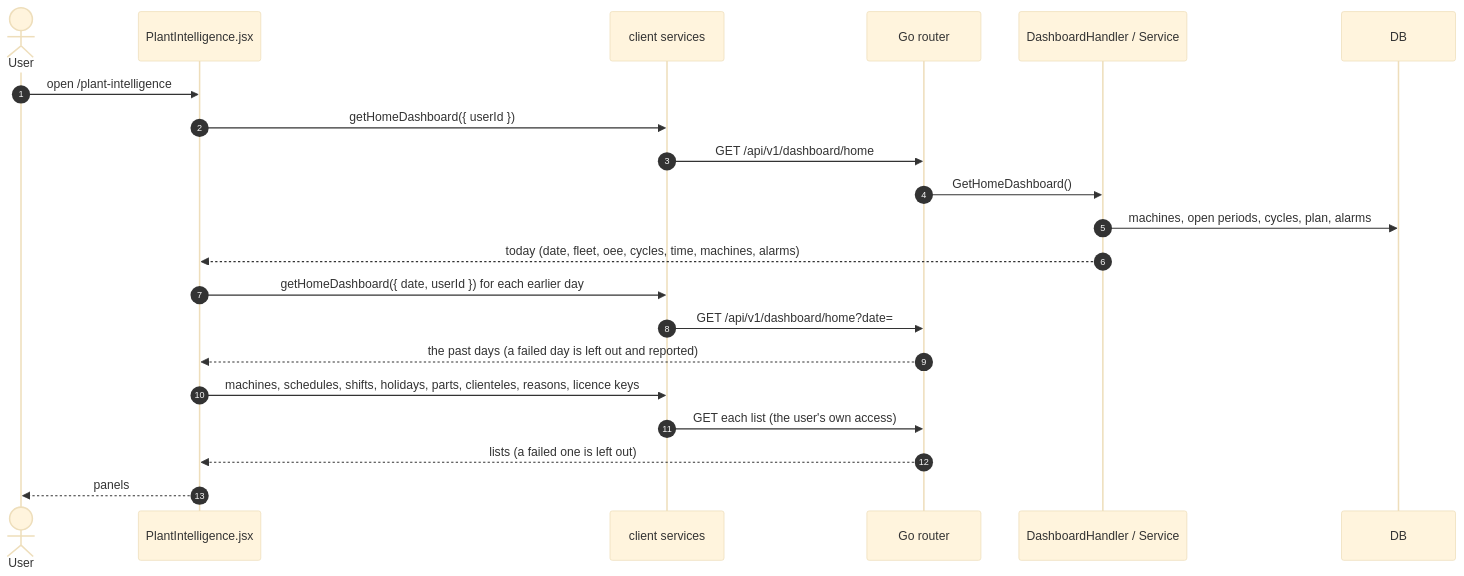
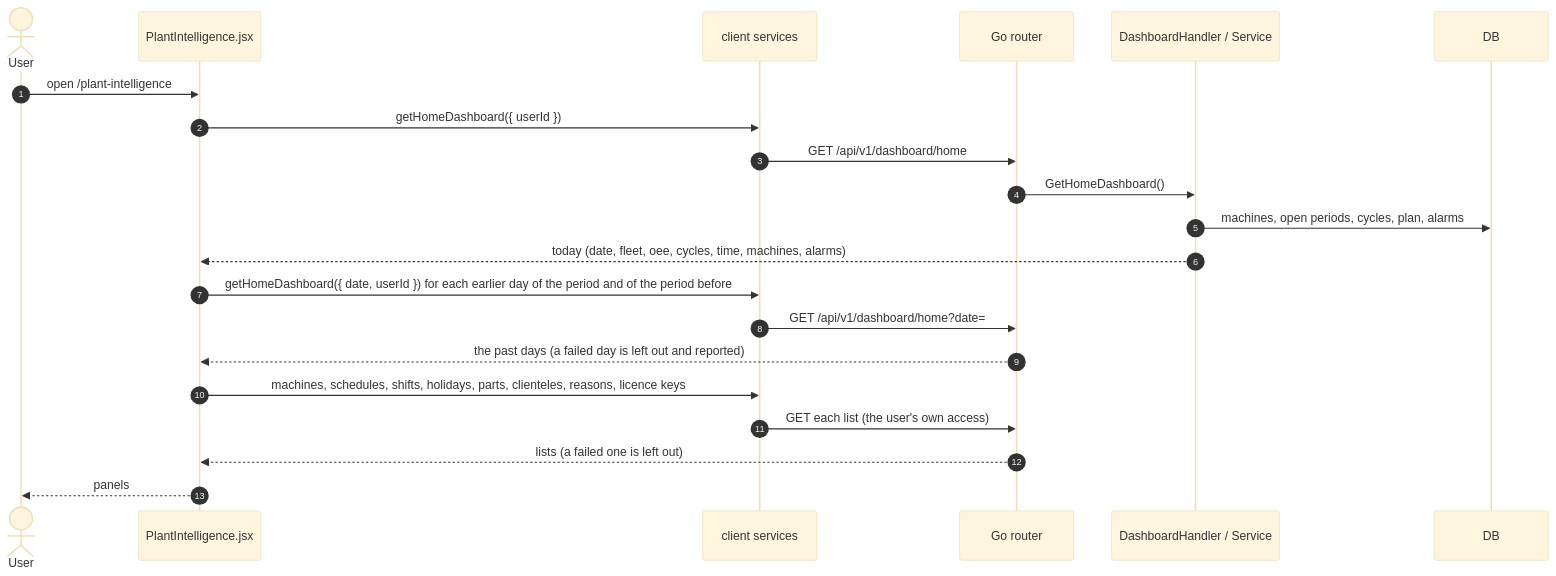
One commit to hirenenliven/7th-sense-client changed the diagram in docs/pages/plant-intelligence.md. Above: the diagram before and after it, drawn with Mermaid (base theme). The commit also changed other lines of this file and 12 other files, not shown here.

````diff
--- a/docs/pages/plant-intelligence.md
+++ b/docs/pages/plant-intelligence.md
@@ -9,24 +9,24 @@
 ```mermaid
 sequenceDiagram
   autonumber
   actor User
   participant Page as PlantIntelligence.jsx
   participant Services as client services
   participant Router as Go router
   participant Dash as DashboardHandler / Service
   participant DB
 
   User->>Page: open /plant-intelligence
   Page->>Services: getHomeDashboard({ userId })
   Services->>Router: GET /api/v1/dashboard/home
   Router->>Dash: GetHomeDashboard()
   Dash->>DB: machines, open periods, cycles, plan, alarms
   Dash-->>Page: today (date, fleet, oee, cycles, time, machines, alarms)
-  Page->>Services: getHomeDashboard({ date, userId }) for each earlier day
+  Page->>Services: getHomeDashboard({ date, userId }) for each earlier day of the period and of the period before
   Services->>Router: GET /api/v1/dashboard/home?date=
   Router-->>Page: the past days (a failed day is left out and reported)
   Page->>Services: machines, schedules, shifts, holidays, parts, clienteles, reasons, licence keys
   Services->>Router: GET each list (the user's own access)
   Router-->>Page: lists (a failed one is left out)
   Page-->>User: panels
 ```
````
